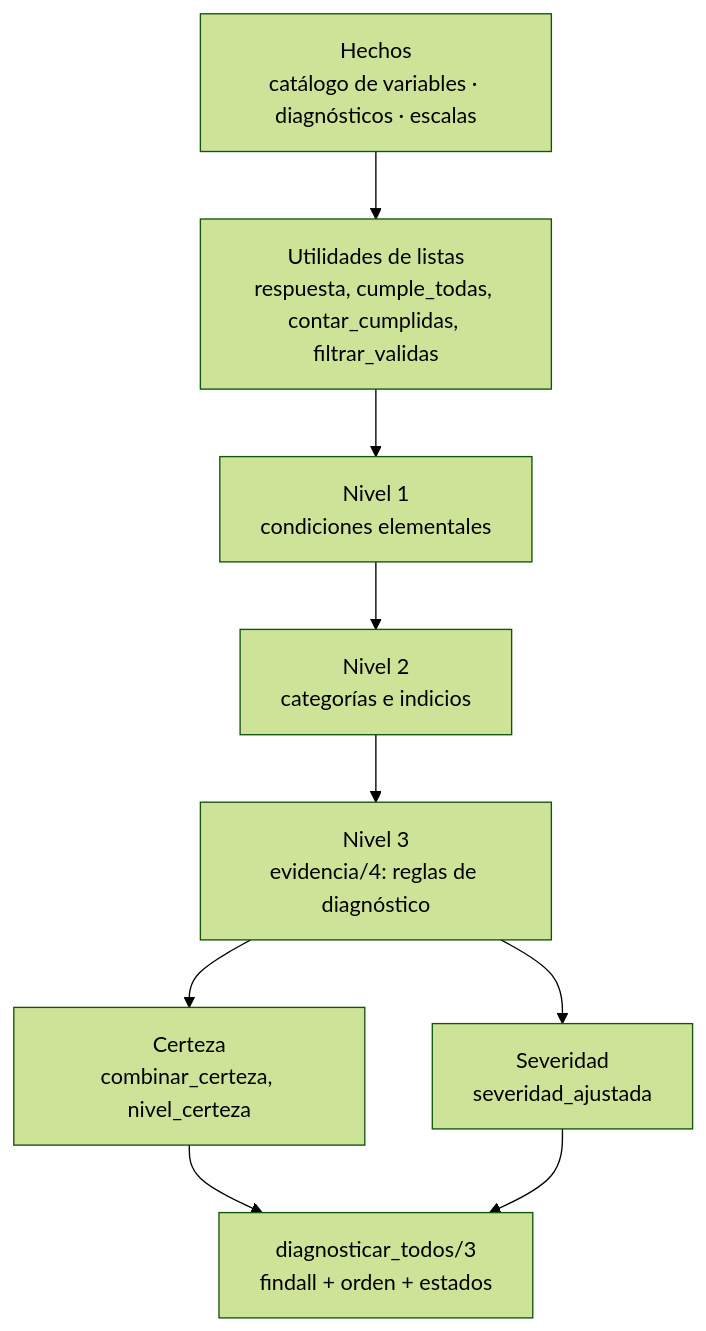
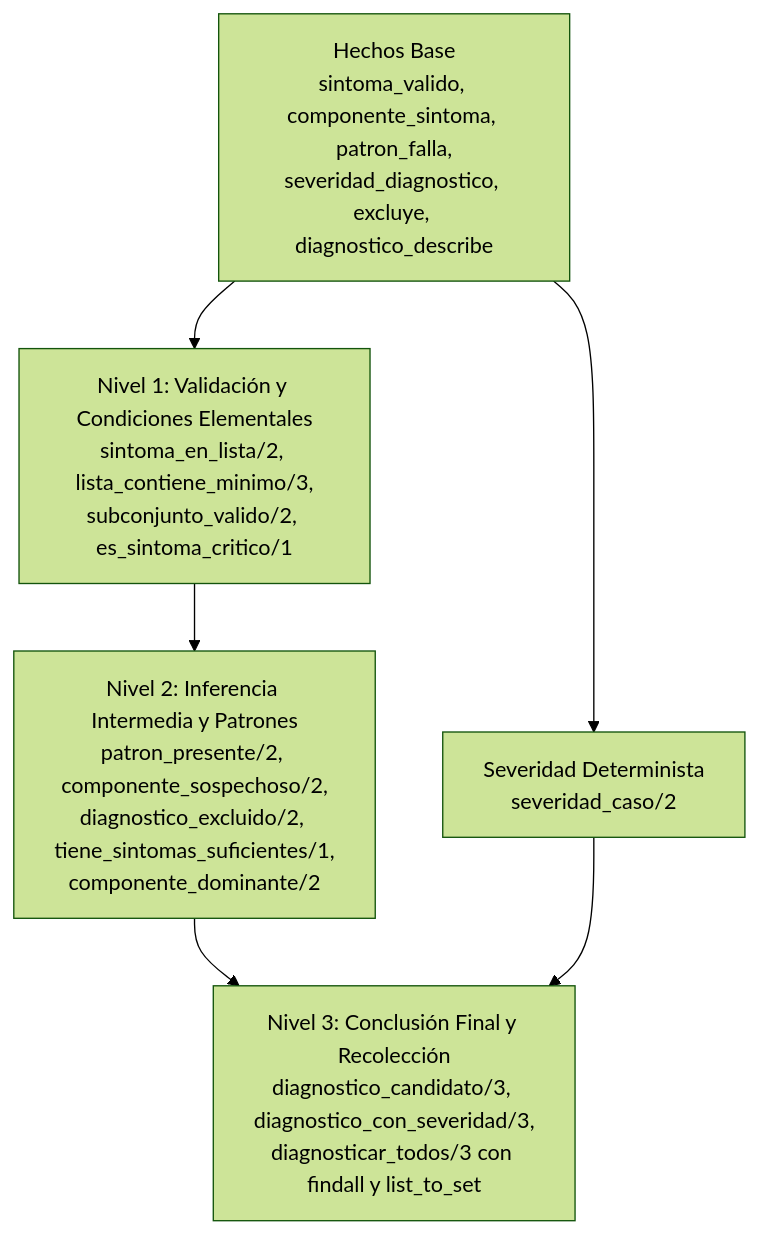
One commit to yetshal/DiagnostiPC changed the second of 4 diagrams in docs/architecture/README.md. Above: the diagram before and after it, drawn with Mermaid (forest theme). The commit also changed other lines of this file and 8 other files, not shown here.

````diff
--- a/docs/architecture/README.md
+++ b/docs/architecture/README.md
@@ -21,11 +24,13 @@
 ```mermaid
 flowchart TD
-  H[Hechos<br/>catálogo de variables · diagnósticos · escalas] --> L[Utilidades de listas<br/>respuesta, cumple_todas, contar_cumplidas, filtrar_validas]
-  L --> N1[Nivel 1<br/>condiciones elementales]
-  N1 --> N2[Nivel 2<br/>categorías e indicios]
-  N2 --> N3[Nivel 3<br/>evidencia/4: reglas de diagnóstico]
-  N3 --> C[Certeza<br/>combinar_certeza, nivel_certeza]
-  N3 --> SV[Severidad<br/>severidad_ajustada]
-  C --> API[diagnosticar_todos/3<br/>findall + orden + estados]
-  SV --> API
+  H[Hechos Base<br/>sintoma_valido, componente_sintoma, patron_falla,<br/>severidad_diagnostico, excluye, diagnostico_describe]
+
+  H --> N1[Nivel 1: Validación y Condiciones Elementales<br/>sintoma_en_lista/2, lista_contiene_minimo/3,<br/>subconjunto_valido/2, es_sintoma_critico/1]
+
+  N1 --> N2[Nivel 2: Inferencia Intermedia y Patrones<br/>patron_presente/2, componente_sospechoso/2,<br/>diagnostico_excluido/2, tiene_sintomas_suficientes/1,<br/>componente_dominante/2]
+
+  N2 --> N3[Nivel 3: Conclusión Final y Recolección<br/>diagnostico_candidato/3, diagnostico_con_severidad/3,<br/>diagnosticar_todos/3 con findall y list_to_set]
+
+  H --> SV[Severidad Determinista<br/>severidad_caso/2]
+  SV --> N3
 ```
````
